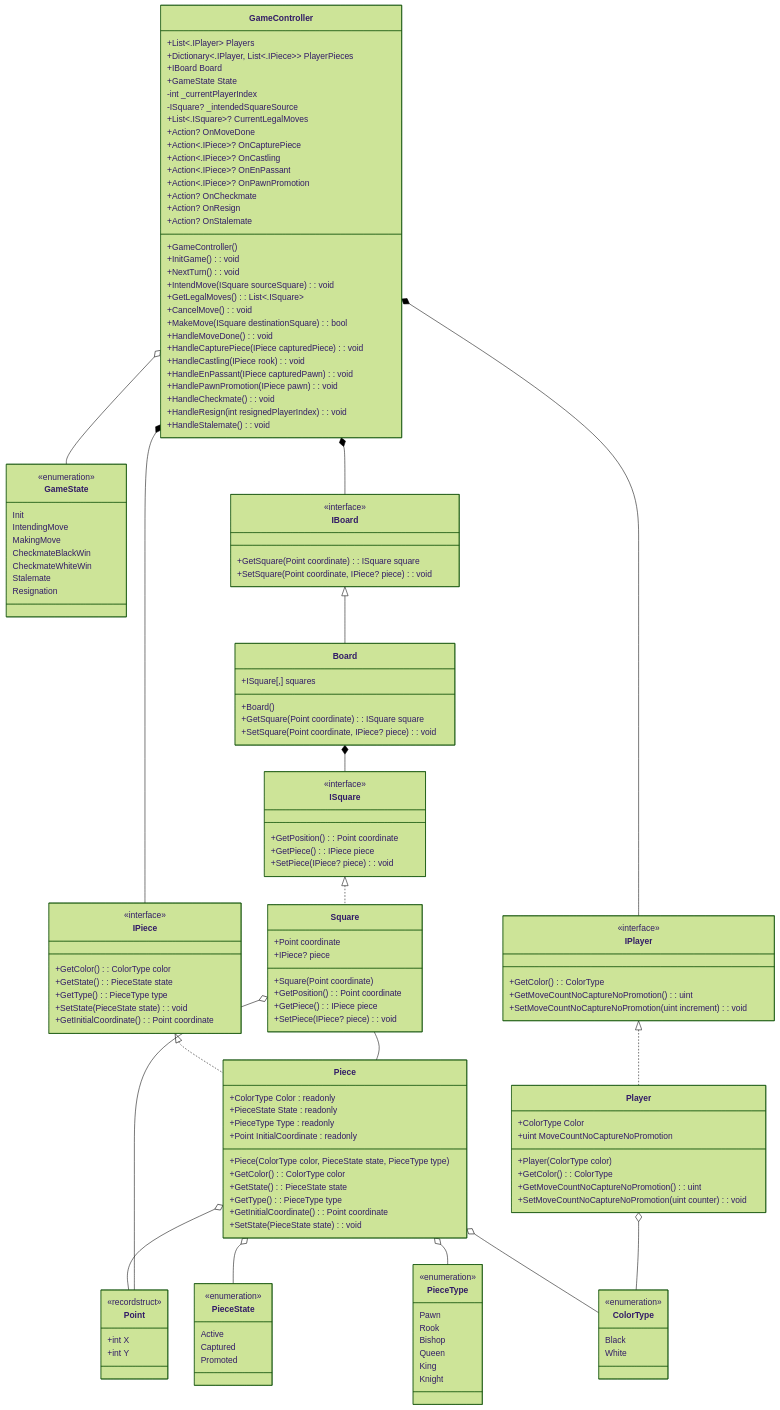
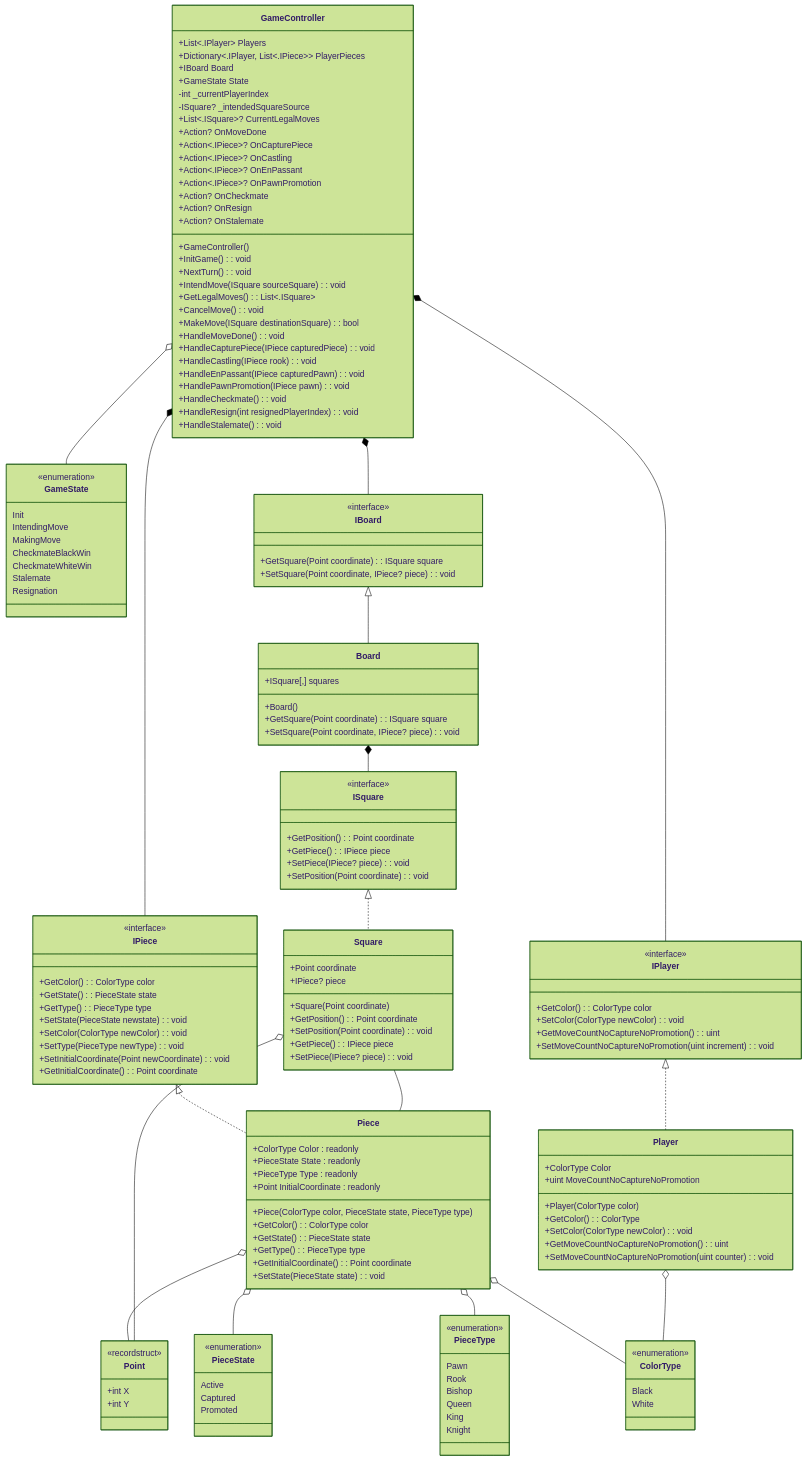
One commit to ghinnanaida/C--Bootcamp-b14-Formulatrix-Ghinna changed the diagram in Chess/Chess.mmd. Above: the diagram before and after it, drawn with Mermaid (forest theme). The commit also changed 12 other files, not shown here.

Commit message:
Update Chess Project : get, set, and constructor each class and contructor in game control

```diff
--- a/Chess/Chess.mmd
+++ b/Chess/Chess.mmd
@@ -1,160 +1,167 @@
 classDiagram
 
 class ColorType {
     Black
     White
 }
 <<enumeration>> ColorType
 
 class PieceState {
     Active
     Captured
     Promoted
 }
 <<enumeration>> PieceState
 
 class GameState {
     Init
     IntendingMove
     MakingMove
     CheckmateBlackWin
     CheckmateWhiteWin
     Stalemate
     Resignation
 }
 <<enumeration>> GameState
 
 class PieceType {
     Pawn
     Rook
     Bishop
     Queen
     King
     Knight
 }
 <<enumeration>> PieceType
 
 class Point {
     +int X
     +int Y
 }
 <<recordstruct>> Point
 
 class IBoard {
     +GetSquare(Point coordinate) : ISquare square
     +SetSquare(Point coordinate, IPiece? piece) : void
 }
 <<interface>> IBoard
 
 class IPiece {
     +GetColor() : ColorType color
     +GetState() : PieceState state
     +GetType() : PieceType type
-    +SetState(PieceState state) : void
+    +SetState(PieceState newstate) : void
+    +SetColor(ColorType newColor) : void
+    +SetType(PieceType newType) : void
+    +SetInitialCoordinate(Point newCoordinate) : void
     +GetInitialCoordinate() : Point coordinate
 }
 <<interface>> IPiece
 
 class ISquare {
     +GetPosition() : Point coordinate
     +GetPiece() : IPiece piece
     +SetPiece(IPiece? piece) : void
+    +SetPosition(Point coordinate) : void
 }
 <<interface>> ISquare
 
 class IPlayer {
-    +GetColor() : ColorType
+    +GetColor() : ColorType color
+    +SetColor(ColorType newColor) : void
     +GetMoveCountNoCaptureNoPromotion() : uint
     +SetMoveCountNoCaptureNoPromotion(uint increment) : void
 }
 <<interface>> IPlayer
 
 class Player {
     +ColorType Color
     +uint MoveCountNoCaptureNoPromotion
     +Player(ColorType color)
     +GetColor() : ColorType
+    +SetColor(ColorType newColor) : void
     +GetMoveCountNoCaptureNoPromotion() : uint
     +SetMoveCountNoCaptureNoPromotion(uint counter) : void
 }
 
 class GameController {
     +List<.IPlayer> Players
     %% +Dictionary<.IPlayer, List<.IPiece>> players changename
     +Dictionary<.IPlayer, List<.IPiece>> PlayerPieces
     +IBoard Board
     +GameState State
     -int _currentPlayerIndex
     -ISquare? _intendedSquareSource
     +List<.ISquare>? CurrentLegalMoves
     +GameController()
     +InitGame() : void
     +NextTurn() : void
     +IntendMove(ISquare sourceSquare) : void
     +GetLegalMoves() : List<.ISquare>
     +CancelMove() : void
     +MakeMove(ISquare destinationSquare) : bool
     +Action? OnMoveDone
     +HandleMoveDone() : void
     +Action<.IPiece>? OnCapturePiece
     +HandleCapturePiece(IPiece capturedPiece) : void
     +Action<.IPiece>? OnCastling
     +HandleCastling(IPiece rook) : void
     +Action<.IPiece>? OnEnPassant
     +HandleEnPassant(IPiece capturedPawn) : void
     +Action<.IPiece>? OnPawnPromotion
     %% +HandlePawnPromotion(IPiece pawn) editttt
     +HandlePawnPromotion(IPiece pawn) : void
     +Action? OnCheckmate
     +Action? OnResign
     +Action? OnStalemate
     +HandleCheckmate() : void
     +HandleResign(int resignedPlayerIndex) : void
     +HandleStalemate() : void
 }
 
 class Board {
     +ISquare[,] squares
     +Board()
     +GetSquare(Point coordinate) : ISquare square
     +SetSquare(Point coordinate, IPiece? piece) : void
 }
 
 class Square {
     +Point coordinate
     +IPiece? piece
     +Square(Point coordinate)
     +GetPosition() : Point coordinate
+    +SetPosition(Point coordinate) : void
     +GetPiece() : IPiece piece
     +SetPiece(IPiece? piece) : void
 }
 
 class Piece {
     +ColorType Color : readonly
     +PieceState State : readonly
     +PieceType Type : readonly
     +Point InitialCoordinate : readonly
     +Piece(ColorType color, PieceState state, PieceType type)
     +GetColor() : ColorType color
     +GetState() : PieceState state
     +GetType() : PieceType type
     +GetInitialCoordinate() : Point coordinate
     +SetState(PieceState state) : void
 }
 
 Board *-- ISquare
 GameController *-- IPiece
 GameController *-- IBoard
 GameController *-- IPlayer
 GameController o-- GameState
 IBoard <|-- Board
 IPiece <|.. Piece
 ISquare <|.. Square
 IPlayer <|.. Player
 Piece o-- Point
 Piece o-- PieceState
 Piece o-- PieceType
 Piece o-- ColorType
 Player o-- ColorType
 Square -- Piece
 Square o-- Point
```
